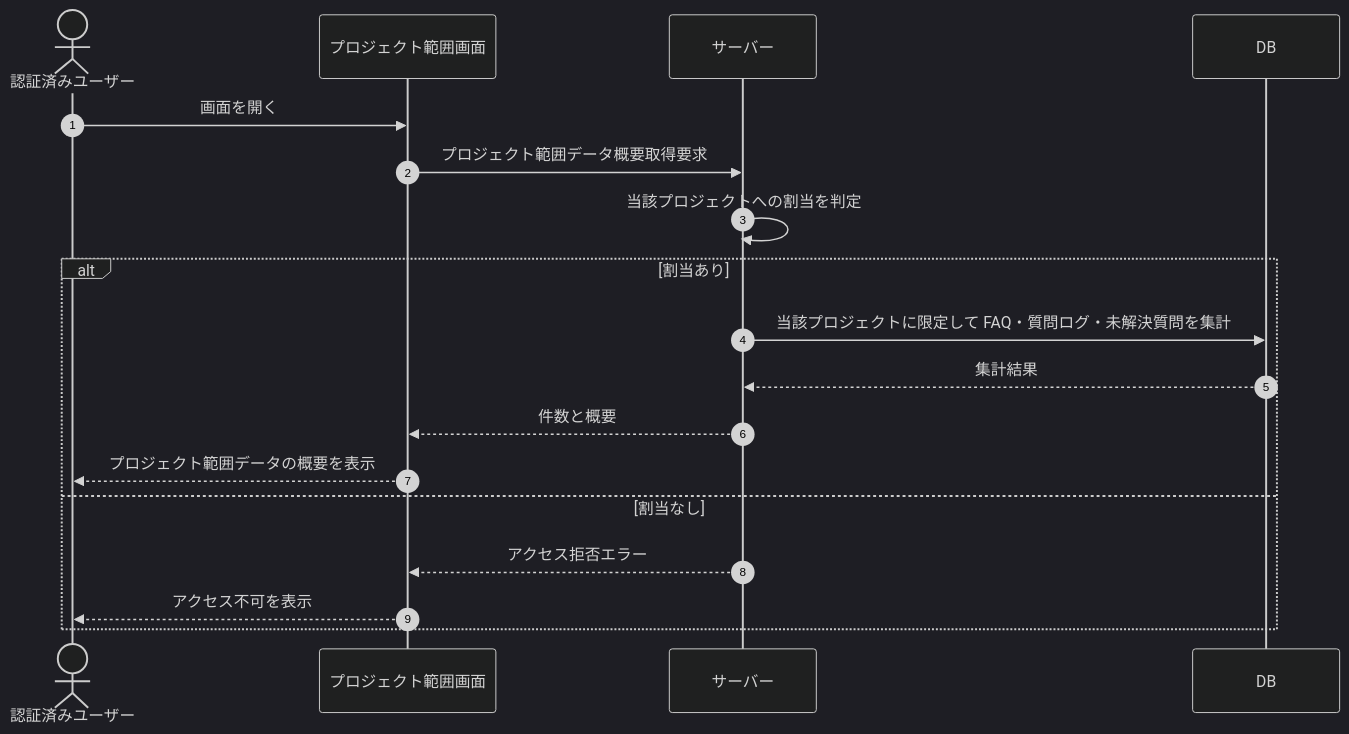
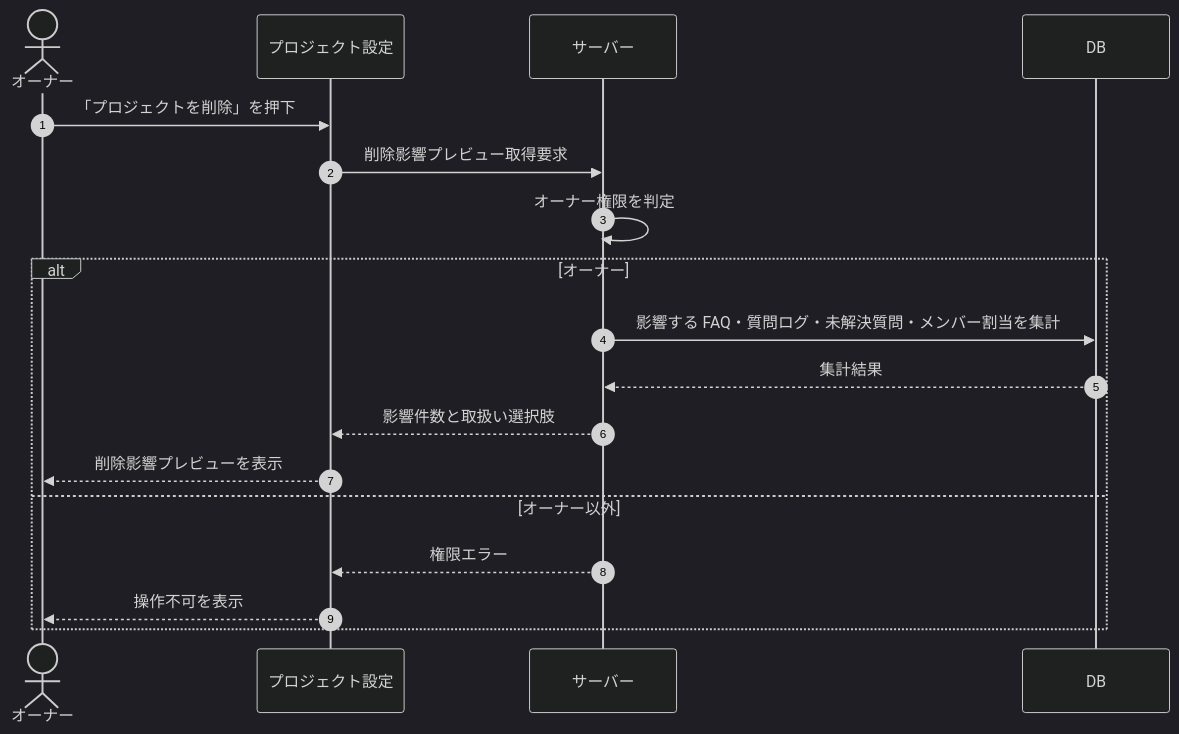
One commit to sikakou54/open-faq changed the diagram in 02_basic_design/03_sequences/SEQ-121.md. Above: the diagram before and after it, drawn with Mermaid (dark theme). The commit also changed other lines of this file and 99 other files, not shown here.

````diff
--- a/02_basic_design/03_sequences/SEQ-121.md
+++ b/02_basic_design/03_sequences/SEQ-121.md
@@ -25,20 +25,20 @@
 ```mermaid
 sequenceDiagram
   autonumber
-  actor U as 認証済みユーザー
-  participant Screen as プロジェクト範囲画面
+  actor U as オーナー
+  participant Screen as プロジェクト設定
   participant Server as サーバー
   participant DB as DB
-  U->>Screen: 画面を開く
-  Screen->>Server: プロジェクト範囲データ概要取得要求
-  Server->>Server: 当該プロジェクトへの割当を判定
-  alt 割当あり
-    Server->>DB: 当該プロジェクトに限定して FAQ・質問ログ・未解決質問を集計
+  U->>Screen: 「プロジェクトを削除」を押下
+  Screen->>Server: 削除影響プレビュー取得要求
+  Server->>Server: オーナー権限を判定
+  alt オーナー
+    Server->>DB: 影響する FAQ・質問ログ・未解決質問・メンバー割当を集計
     DB-->>Server: 集計結果
-    Server-->>Screen: 件数と概要
-    Screen-->>U: プロジェクト範囲データの概要を表示
-  else 割当なし
-    Server-->>Screen: アクセス拒否エラー
-    Screen-->>U: アクセス不可を表示
+    Server-->>Screen: 影響件数と取扱い選択肢
+    Screen-->>U: 削除影響プレビューを表示
+  else オーナー以外
+    Server-->>Screen: 権限エラー
+    Screen-->>U: 操作不可を表示
   end
 ```
````
